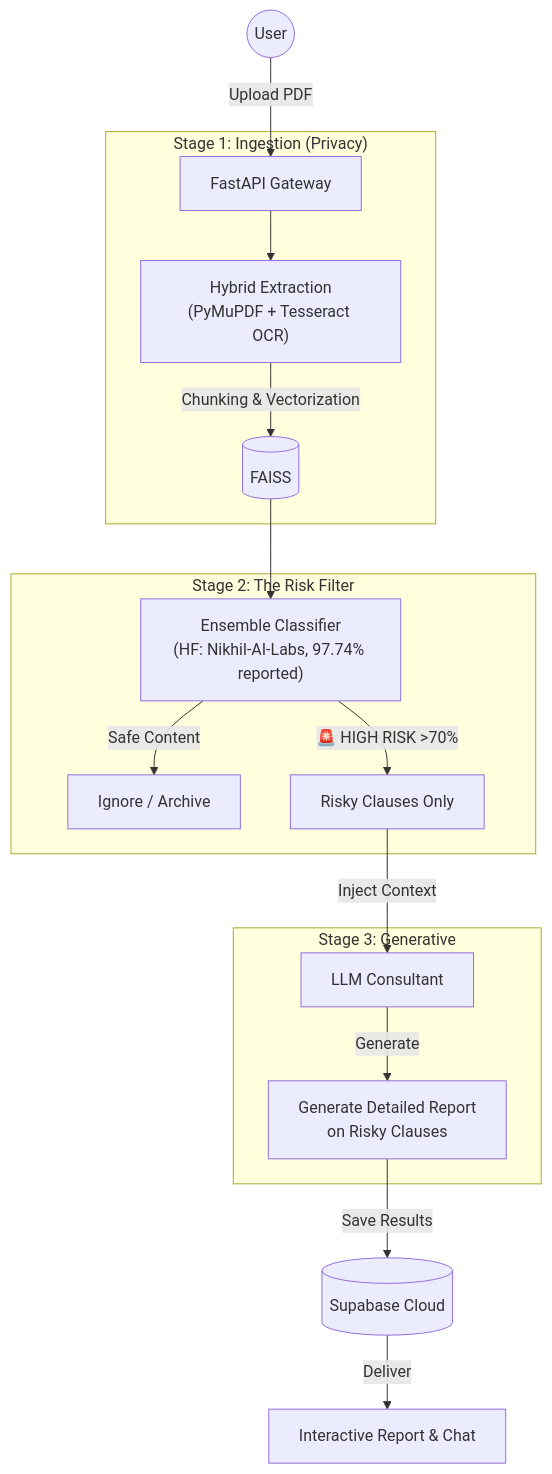
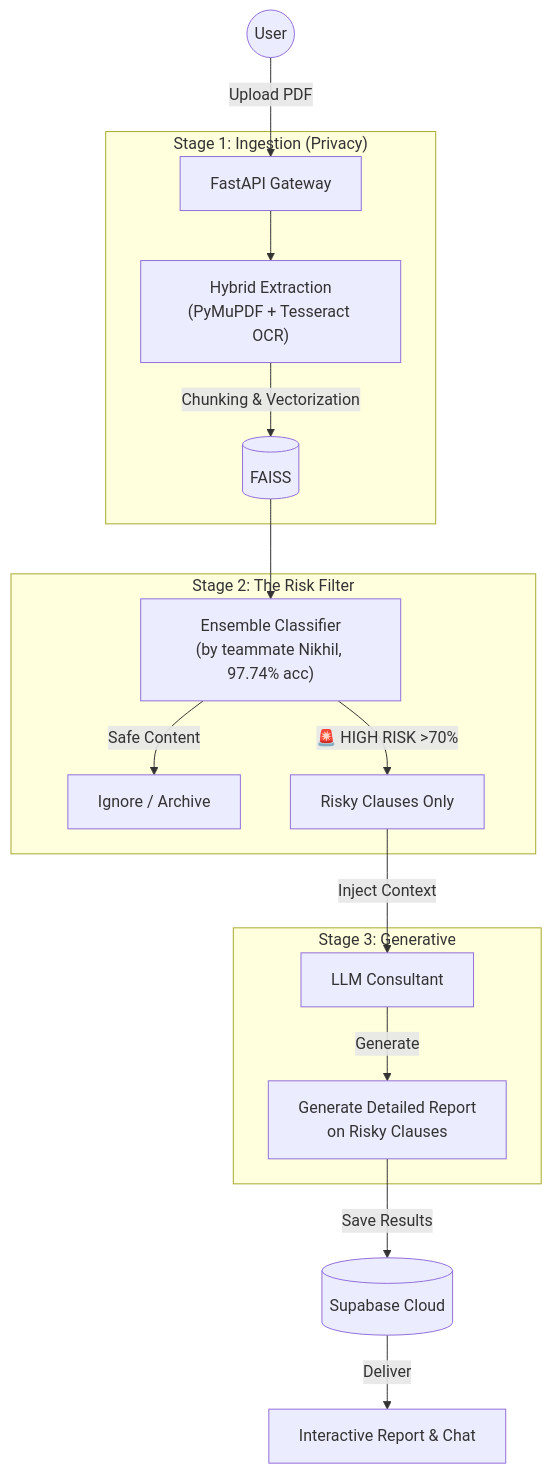
One commit to abhishek-3740/LegalMind changed the diagram in README.md. Above: the diagram before and after it, drawn with Mermaid. The commit also changed other lines of this file, not shown here.

````diff
--- a/README.md
+++ b/README.md
@@ -80,25 +78,25 @@
 ```mermaid
 graph TD
     User((User)) -->|Upload PDF| FastAPI
 
     subgraph "Stage 1: Ingestion (Privacy)"
         FastAPI[FastAPI Gateway] --> Hybrid["Hybrid Extraction<br/>(PyMuPDF + Tesseract OCR)"]
         Hybrid -->|Chunking & Vectorization| FAISS[(FAISS)]
     end
 
     FAISS --> Ensemble
 
     subgraph "Stage 2: The Risk Filter"
-        Ensemble["Ensemble Classifier<br/>(HF: Nikhil-AI-Labs, 97.74% reported)"] -->|Safe Content| Safe["Ignore / Archive"]
+        Ensemble["Ensemble Classifier<br/>(by teammate Nikhil, 97.74% acc)"] -->|Safe Content| Safe["Ignore / Archive"]
         Ensemble -->|🚨 HIGH RISK >70%| Risky["Risky Clauses Only"]
     end
 
     Risky -->|Inject Context| LLM
 
     subgraph "Stage 3: Generative"
         LLM["LLM Consultant"] -->|Generate| Report["Generate Detailed Report<br/>on Risky Clauses"]
     end
 
     Report -->|Save Results| DB[(Supabase Cloud)]
     DB -->|Deliver| UI["Interactive Report & Chat"]
  ```
````
